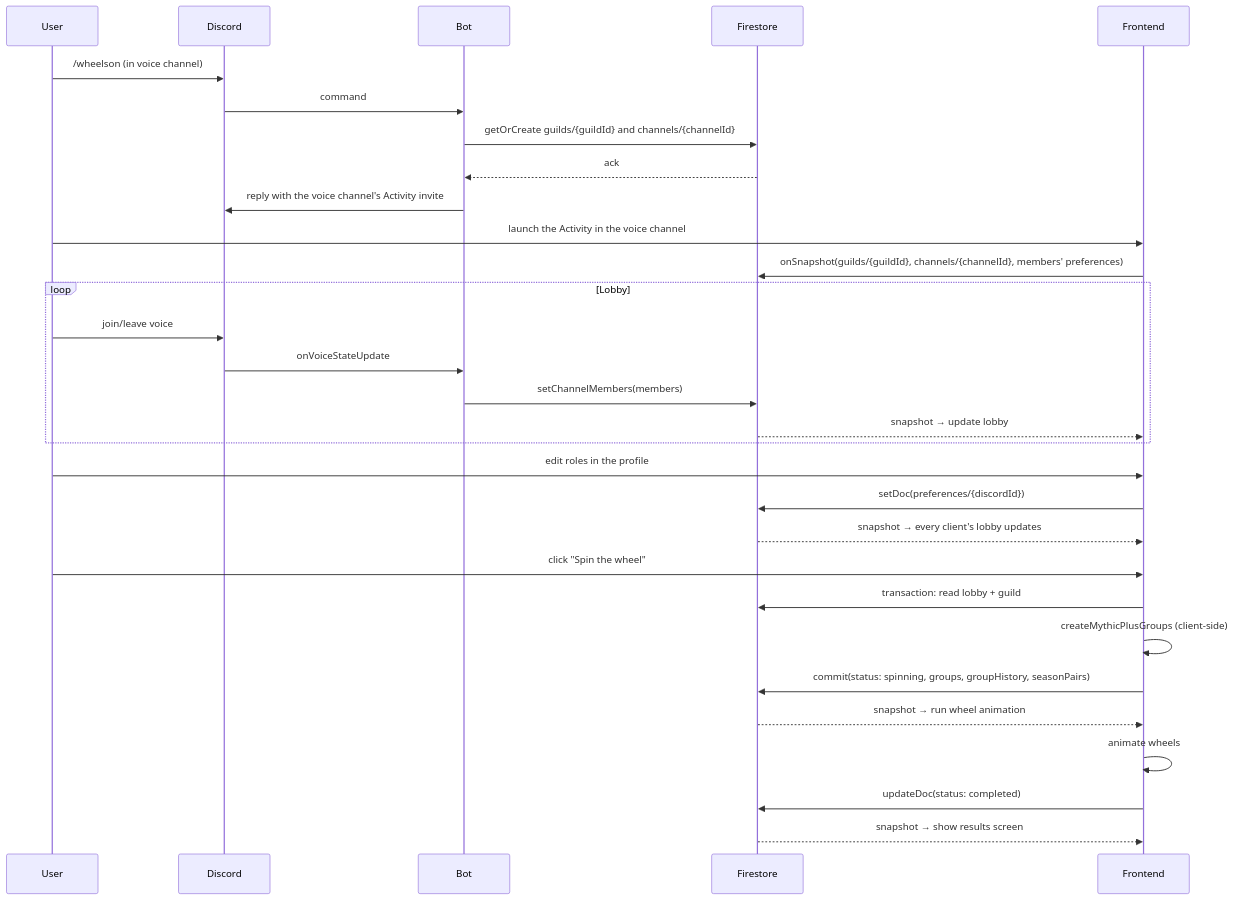
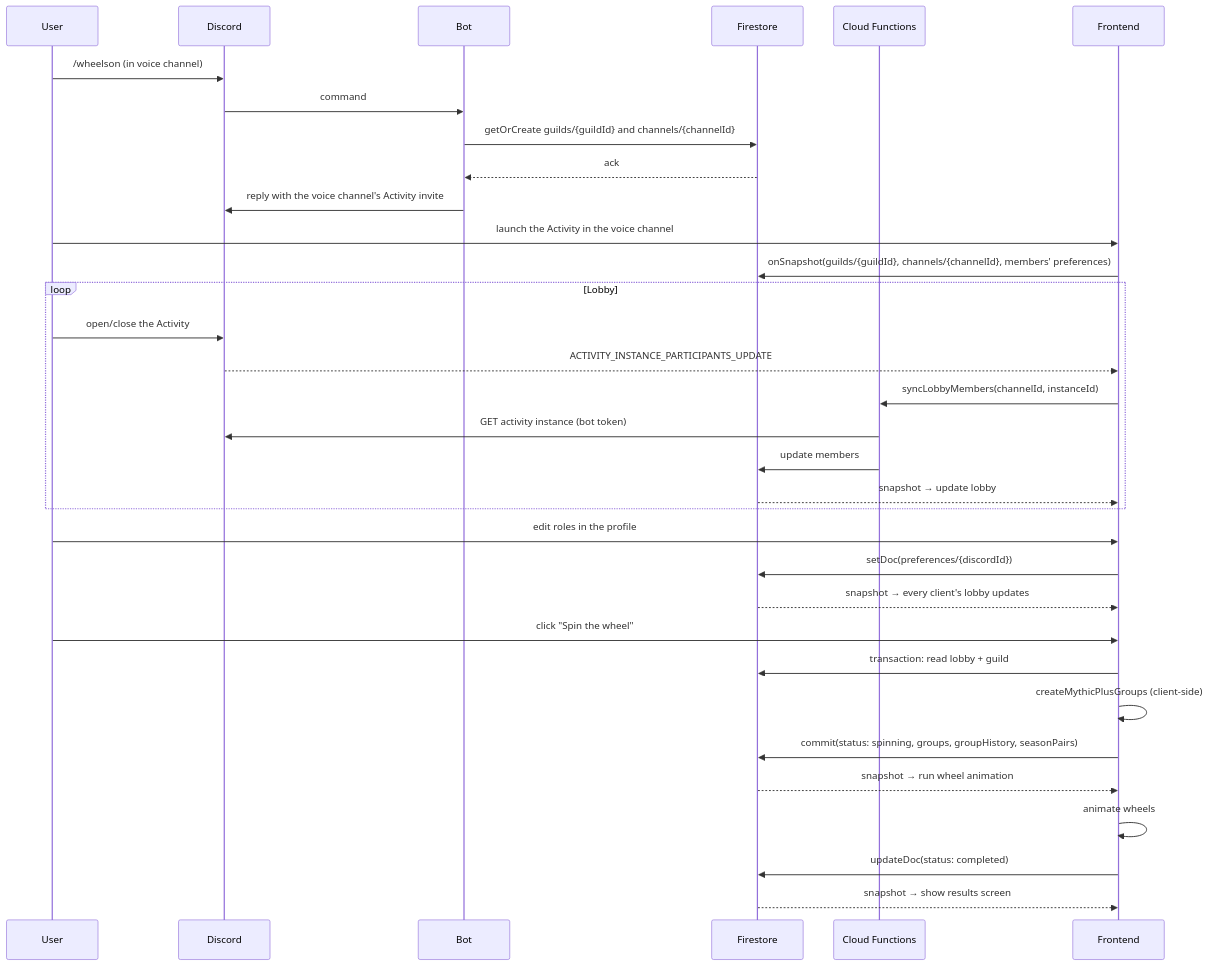
One commit to TytaniumDev/MythicPlusDiscordBot changed the fourth of 5 diagrams in ARCHITECTURE.md. Above: the diagram before and after it, drawn with Mermaid. The commit also changed other lines of this file and 35 other files, not shown here.

First line of the commit message:
feat: fill the lobby roster from activity participants, not voice (#674)

````diff
--- a/ARCHITECTURE.md
+++ b/ARCHITECTURE.md
@@ -247,36 +250,39 @@
 ```mermaid
 sequenceDiagram
     participant User
     participant Discord
     participant Bot
     participant Firestore
+    participant Functions as Cloud Functions
     participant Frontend
 
     User->>Discord: /wheelson (in voice channel)
     Discord->>Bot: command
     Bot->>Firestore: getOrCreate guilds/{guildId} and channels/{channelId}
     Firestore-->>Bot: ack
     Bot->>Discord: reply with the voice channel's Activity invite
     User->>Frontend: launch the Activity in the voice channel
     Frontend->>Firestore: onSnapshot(guilds/{guildId}, channels/{channelId}, members' preferences)
 
     loop Lobby
-        User->>Discord: join/leave voice
-        Discord->>Bot: onVoiceStateUpdate
-        Bot->>Firestore: setChannelMembers(members)
+        User->>Discord: open/close the Activity
+        Discord-->>Frontend: ACTIVITY_INSTANCE_PARTICIPANTS_UPDATE
+        Frontend->>Functions: syncLobbyMembers(channelId, instanceId)
+        Functions->>Discord: GET activity instance (bot token)
+        Functions->>Firestore: update members
         Firestore-->>Frontend: snapshot → update lobby
     end
 
     User->>Frontend: edit roles in the profile
     Frontend->>Firestore: setDoc(preferences/{discordId})
     Firestore-->>Frontend: snapshot → every client's lobby updates
 
     User->>Frontend: click "Spin the wheel"
     Frontend->>Firestore: transaction: read lobby + guild
     Frontend->>Frontend: createMythicPlusGroups (client-side)
     Frontend->>Firestore: commit(status: spinning, groups, groupHistory, seasonPairs)
     Firestore-->>Frontend: snapshot → run wheel animation
     Frontend->>Frontend: animate wheels
     Frontend->>Firestore: updateDoc(status: completed)
     Firestore-->>Frontend: snapshot → show results screen
 ```
````
